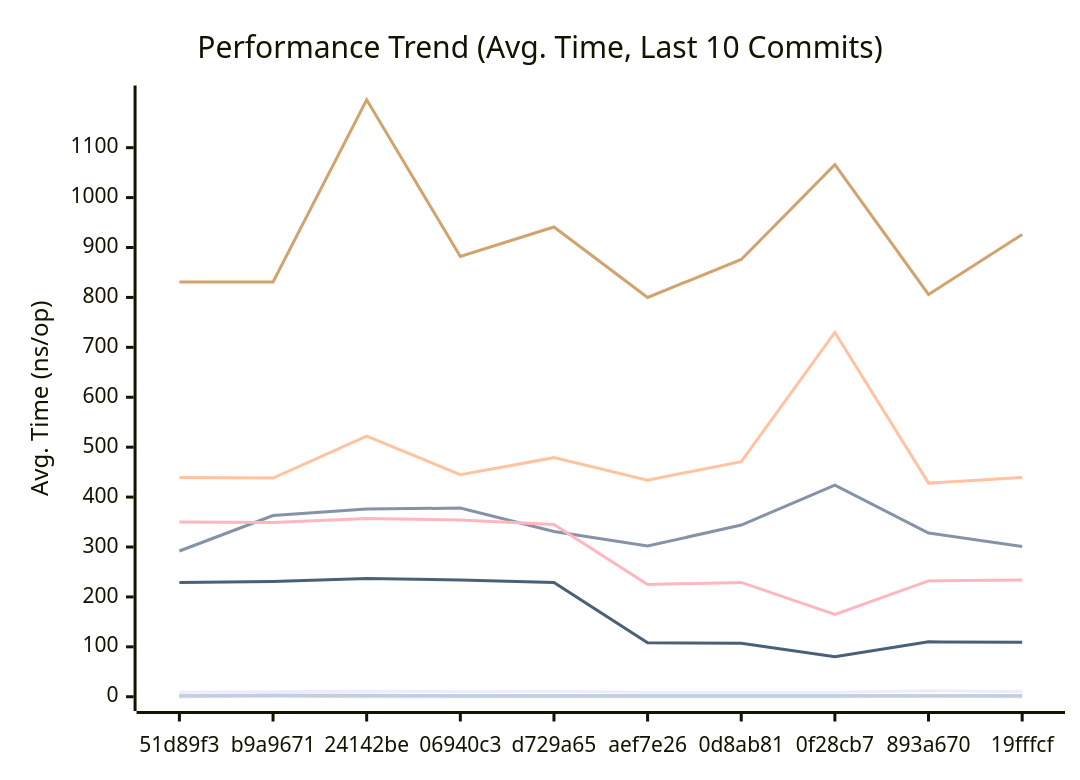
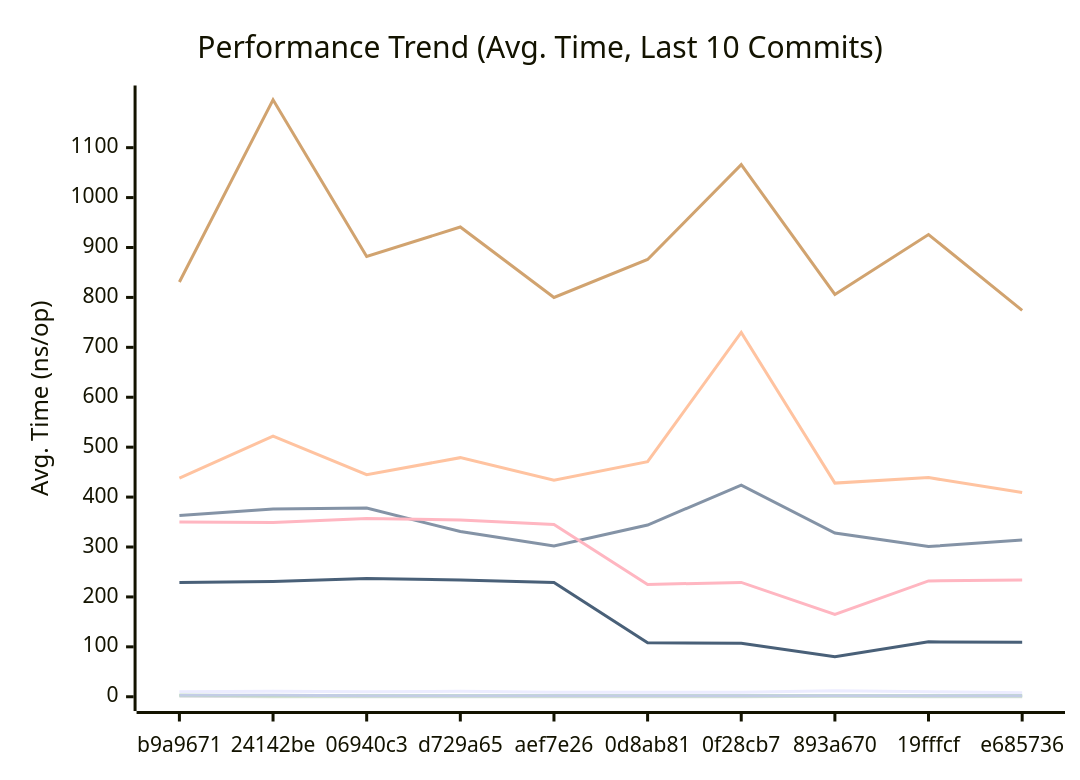
Before and after one commit to alsotoes/momo: the first of 3 diagrams in docs/PERFORMANCE.md, drawn with Mermaid. The commit also changed other lines of this file and 2 other files, not shown here.

````diff
--- a/docs/PERFORMANCE.md
+++ b/docs/PERFORMANCE.md
@@ -80,16 +80,16 @@
 ```mermaid
 xychart-beta
     title "Performance Trend (Avg. Time, Last 10 Commits)"
     x-axis "Commit"
     y-axis "Avg. Time (ns/op)"
-    x-axis [51d89f3,b9a9671,24142be,06940c3,d729a65,aef7e26,0d8ab81,0f28cb7,893a670,19fffcf]
-    line "CheckMetricsAndSwap" [9,10,11,10,11,9,9,9,12,10]
-    line "CrushOptimized" [292,363,376,378,331,302,344,424,328,301]
-    line "CrushOriginal" [439,438,522,445,479,434,471,730,428,439]
-    line "IndexDirectTracking" [0,1,0,0,0,0,0,0,1,0]
-    line "IndexSearch" [2,3,2,2,2,2,2,2,2,2]
-    line "LoadGlobalConfig" [831,831,1196,882,941,800,876,1066,806,926]
-    line "PadString" [2,3,3,2,2,2,2,2,2,2]
+    x-axis [b9a9671,24142be,06940c3,d729a65,aef7e26,0d8ab81,0f28cb7,893a670,19fffcf,e685736]
+    line "CheckMetricsAndSwap" [10,11,10,11,9,9,9,12,10,8]
+    line "CrushOptimized" [363,376,378,331,302,344,424,328,301,314]
+    line "CrushOriginal" [438,522,445,479,434,471,730,428,439,409]
+    line "IndexDirectTracking" [1,0,0,0,0,0,0,1,0,0]
+    line "IndexSearch" [3,2,2,2,2,2,2,2,2,2]
+    line "LoadGlobalConfig" [831,1196,882,941,800,876,1066,806,926,774]
+    line "PadString" [3,3,2,2,2,2,2,2,2,2]
     line "ParseReplicationOrder_NoPrealloc" [350,349,357,354,345,225,229,165,232,234]
     line "ParseReplicationOrder_Prealloc" [229,231,237,234,229,108,107,80,110,109]
 ```
````
